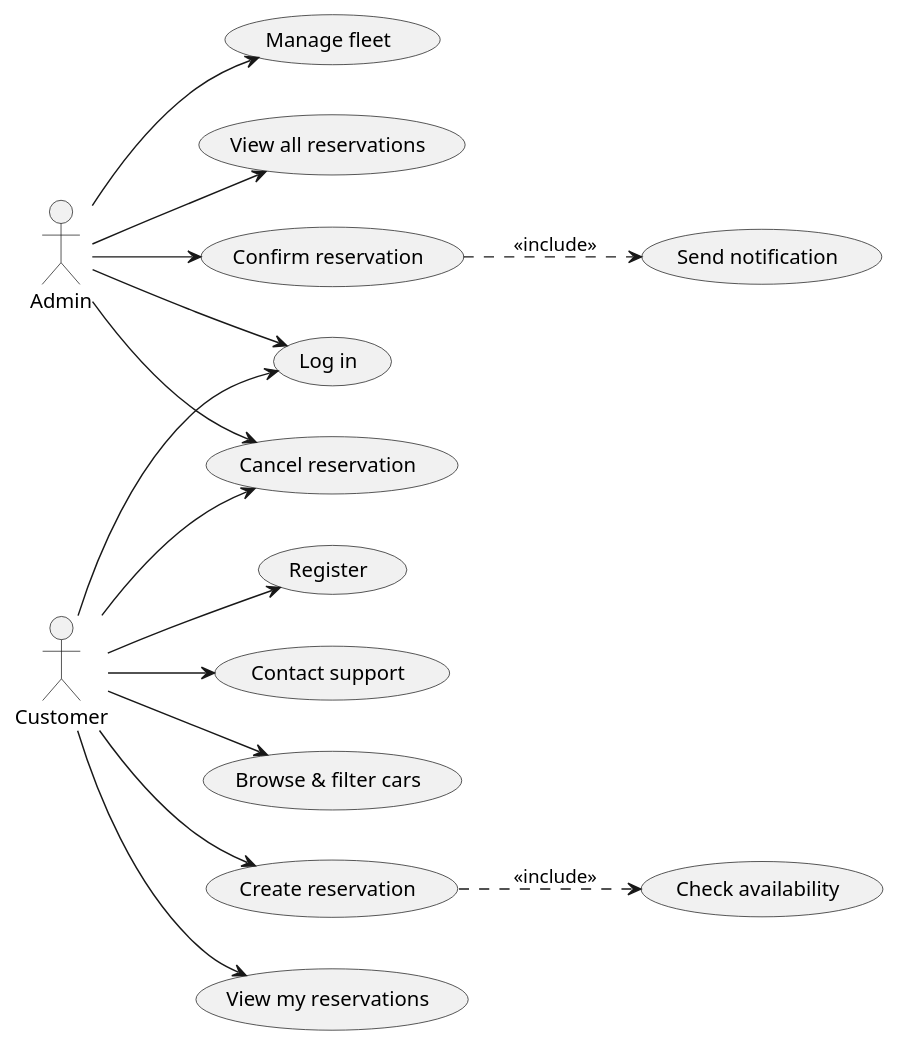
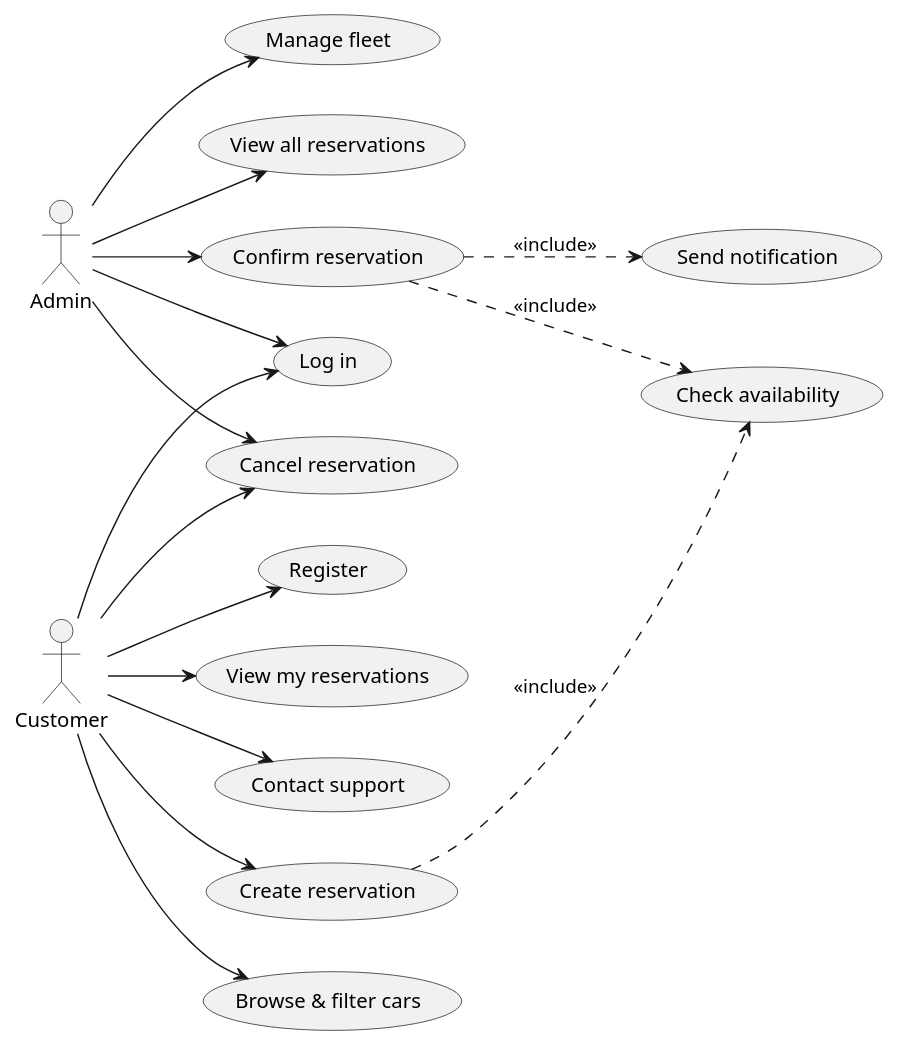
One commit to DavidMagyarics/CarRentalVSB changed the diagram in docs/diagrams/use-case.puml. Above: the diagram before and after it, drawn with PlantUML. The commit also changed 4 other files, not shown here.

First line of the commit message:
fix(docs): align use case and activity diagrams with the implementation

```diff
--- a/docs/diagrams/use-case.puml
+++ b/docs/diagrams/use-case.puml
@@ -1,37 +1,38 @@
 @startuml use-case
 left to right direction
 skinparam backgroundColor white
 
 actor "Customer" as Customer
 actor "Admin" as Admin
 
 usecase "Register" as UC1
 usecase "Log in" as UC2
 usecase "Browse & filter cars" as UC3
 usecase "Create reservation" as UC4
 usecase "Check availability" as UC4a
 usecase "Cancel reservation" as UC5
 usecase "View my reservations" as UC6
 usecase "Contact support" as UC7
 usecase "Confirm reservation" as UC8
 usecase "Send notification" as UC8a
 usecase "Manage fleet" as UC9
 usecase "View all reservations" as UC10
 
 Customer --> UC1
 Customer --> UC2
 Customer --> UC3
 Customer --> UC4
 Customer --> UC5
 Customer --> UC6
 Customer --> UC7
 
 Admin --> UC2
 Admin --> UC5
 Admin --> UC8
 Admin --> UC9
 Admin --> UC10
 
 UC4 ..> UC4a : <<include>>
+UC8 ..> UC4a : <<include>>
 UC8 ..> UC8a : <<include>>
 @enduml
```
